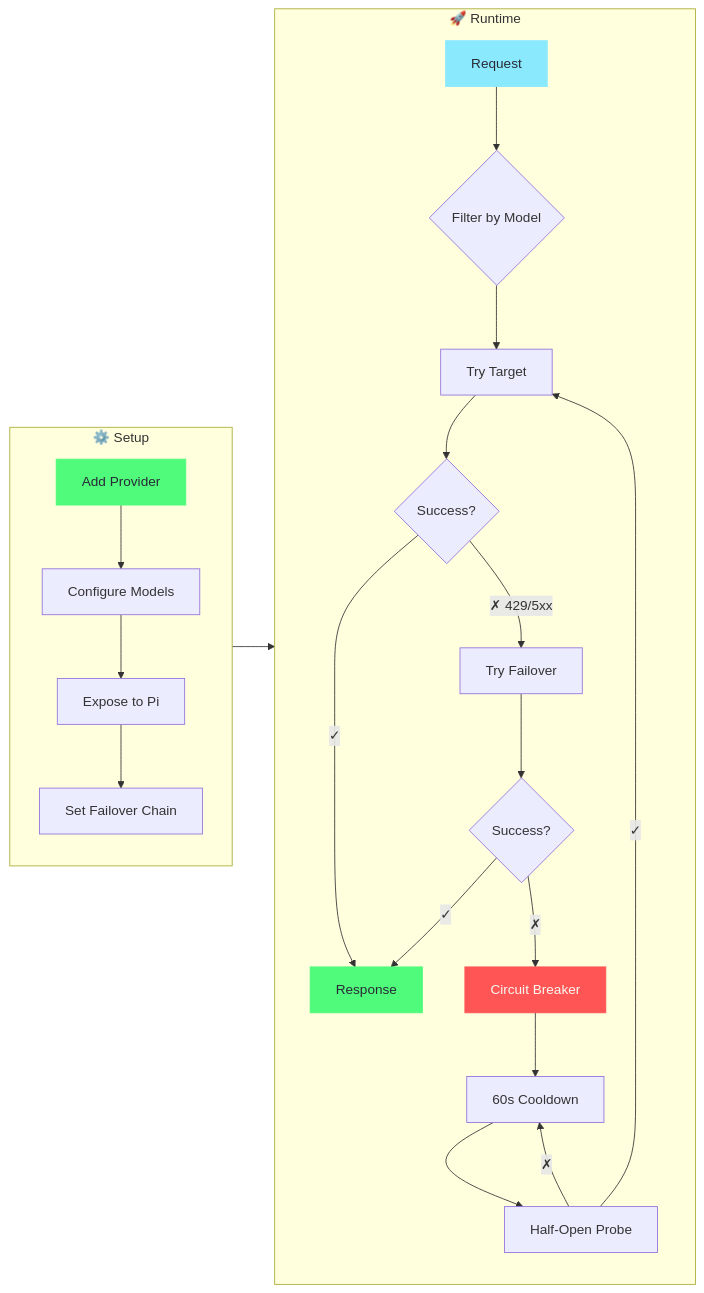
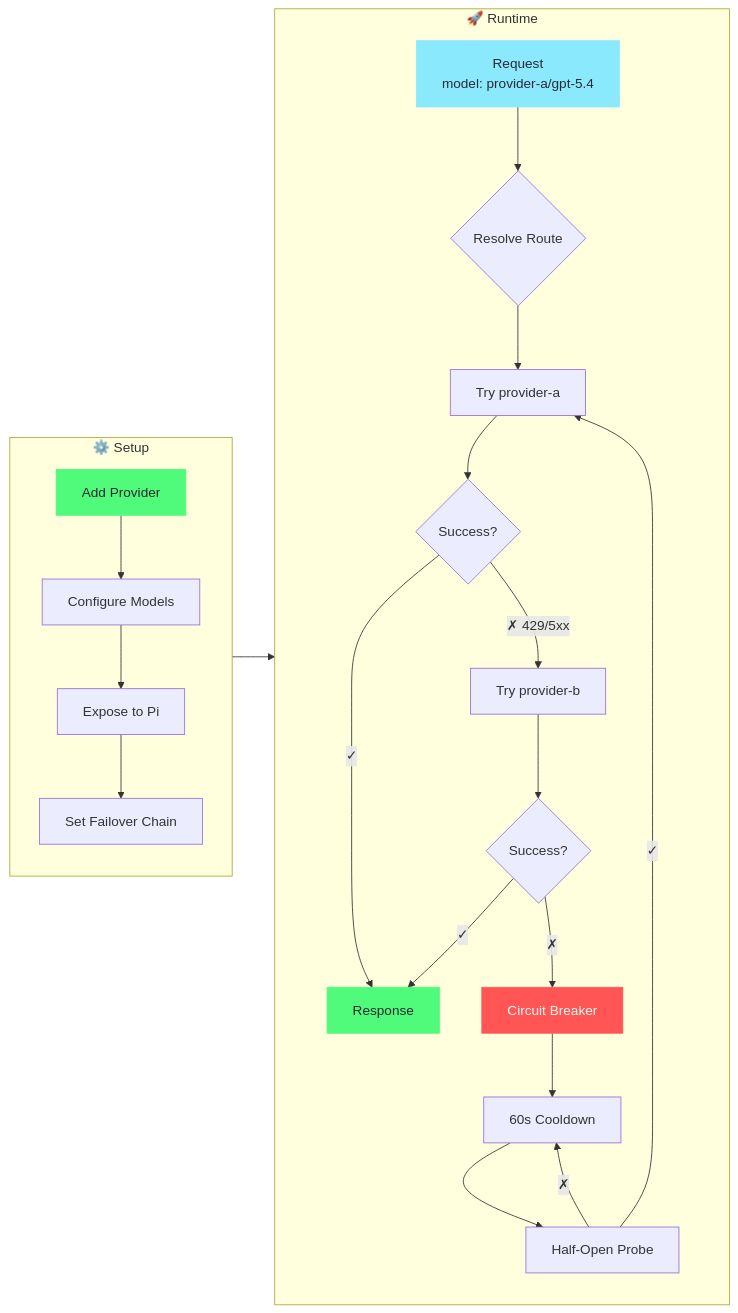
The diagram in README.md (CallmeLins/pi-switch), drawn with Mermaid before and after one commit. The commit also changed other lines of this file and 3 other files, not shown here.

First line of the commit message:
docs: update READMEs for gateway architecture, remove deprecated commands

````diff
--- a/README.md
+++ b/README.md
@@ -104,30 +103,30 @@
 ```mermaid
 graph LR
     subgraph Setup["⚙️ Setup"]
         A[Add Provider] --> B[Configure Models]
         B --> C[Expose to Pi]
         C --> D[Set Failover Chain]
     end
-    
+
     subgraph Runtime["🚀 Runtime"]
-        E[Request] --> F{Filter by Model}
-        F --> G[Try Target]
+        E["Request<br/>model: provider-a/gpt-5.4"] --> F{Resolve Route}
+        F --> G[Try provider-a]
         G --> H{Success?}
         H -->|✓| I[Response]
-        H -->|✗ 429/5xx| J[Try Failover]
+        H -->|✗ 429/5xx| J[Try provider-b]
         J --> K{Success?}
         K -->|✓| I
         K -->|✗| L[Circuit Breaker]
         L --> M[60s Cooldown]
         M --> N[Half-Open Probe]
         N -->|✓| G
         N -->|✗| M
     end
-    
+
     Setup --> Runtime
 
     style A fill:#50fa7b,stroke:#50fa7b,color:#282a36
     style E fill:#8be9fd,stroke:#8be9fd,color:#282a36
     style I fill:#50fa7b,stroke:#50fa7b,color:#282a36
     style L fill:#ff5555,stroke:#ff5555,color:#f8f8f2
 ```
````
